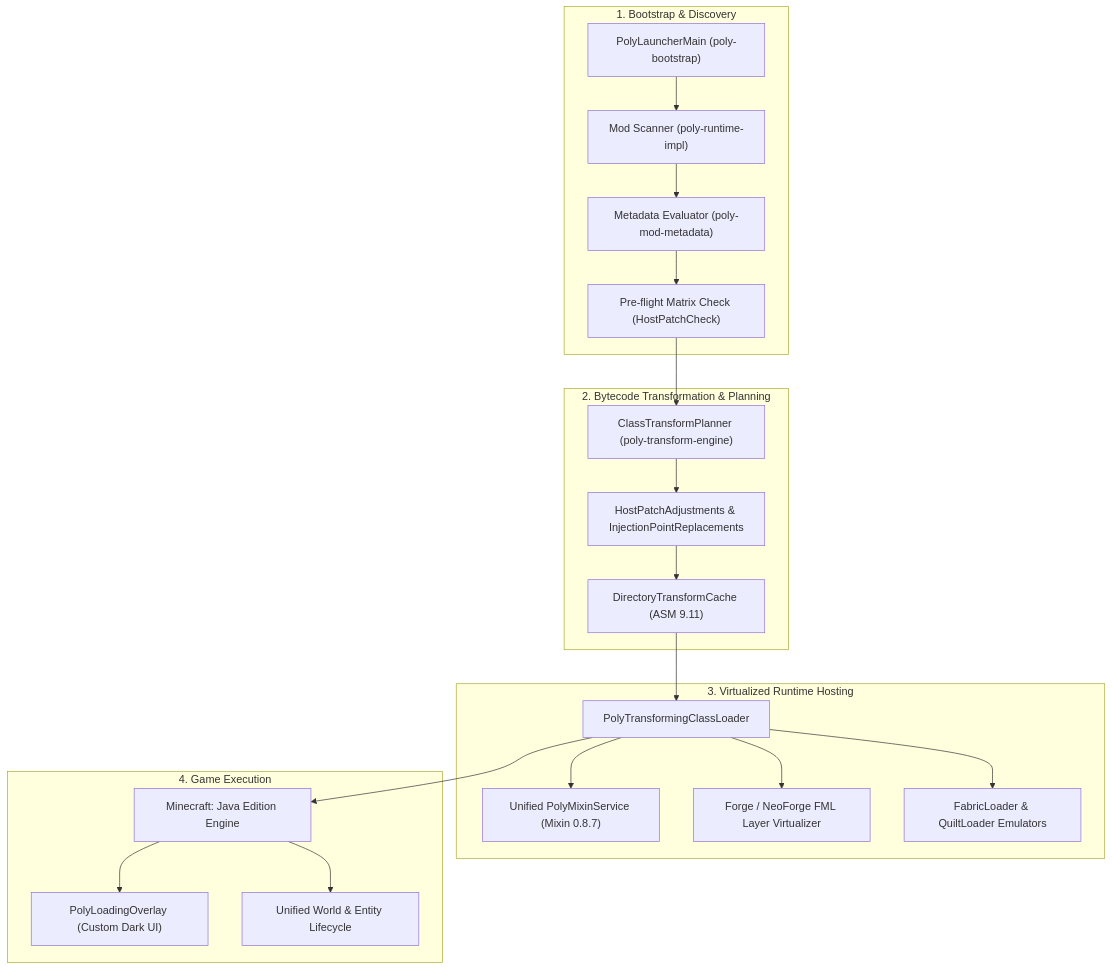
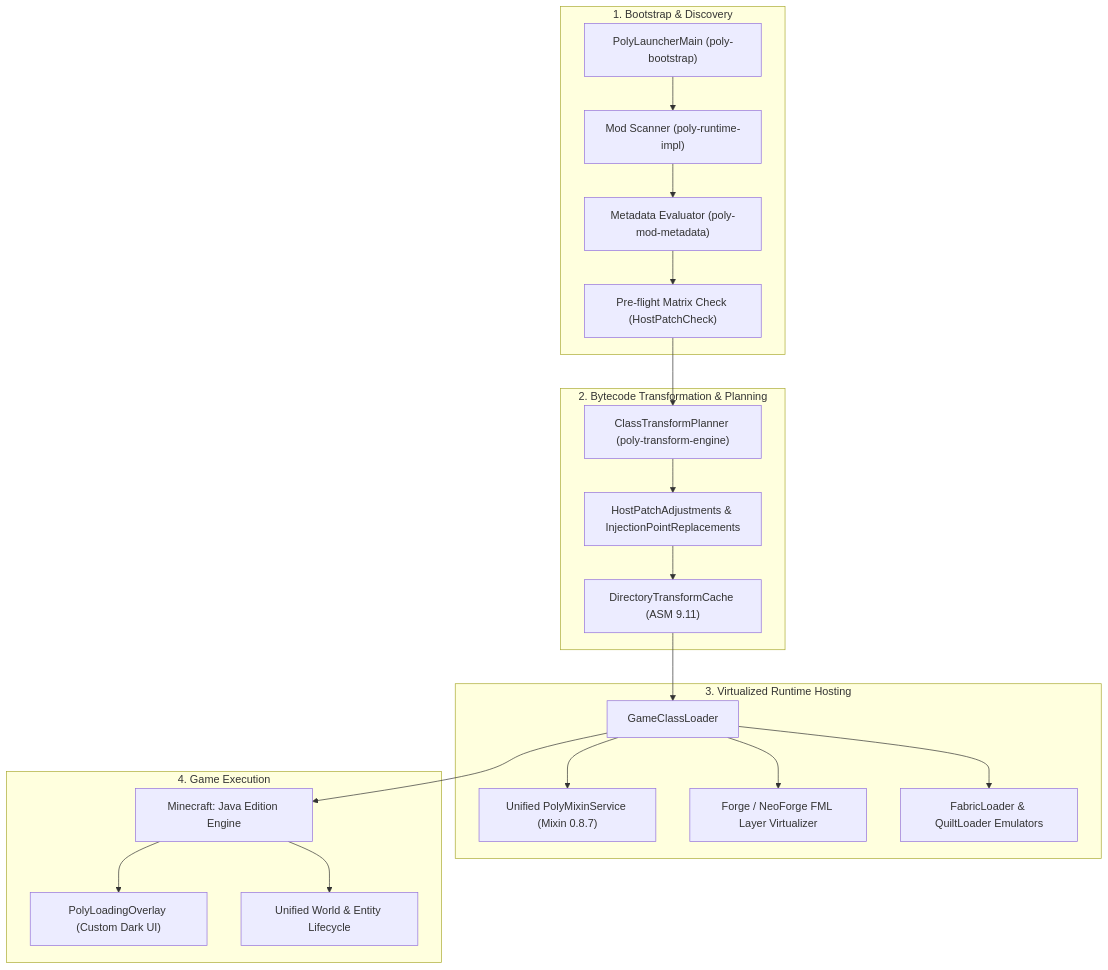
Before and after one commit to rigelx2b/Plexus-Mod-Loader: the diagram in ARCHITECTURE.md, drawn with Mermaid. The commit also changed other lines of this file and 24 other files, not shown here.

````diff
--- a/ARCHITECTURE.md
+++ b/ARCHITECTURE.md
@@ -11,27 +11,27 @@
 ```mermaid
 flowchart TD
     subgraph Launch["1. Bootstrap & Discovery"]
         Entry["PolyLauncherMain (poly-bootstrap)"] --> Scanner["Mod Scanner (poly-runtime-impl)"]
         Scanner --> Metadata["Metadata Evaluator (poly-mod-metadata)"]
         Metadata --> Assess["Pre-flight Matrix Check (HostPatchCheck)"]
     end
 
     subgraph Planning["2. Bytecode Transformation & Planning"]
         Assess --> PlanEngine["ClassTransformPlanner (poly-transform-engine)"]
         PlanEngine --> Adjust["HostPatchAdjustments & InjectionPointReplacements"]
         Adjust --> Cache["DirectoryTransformCache (ASM 9.11)"]
     end
 
     subgraph Runtime["3. Virtualized Runtime Hosting"]
-        Cache --> ClassLoader["PolyTransformingClassLoader"]
+        Cache --> ClassLoader["GameClassLoader"]
         ClassLoader --> MixinService["Unified PolyMixinService (Mixin 0.8.7)"]
         ClassLoader --> ForgeHost["Forge / NeoForge FML Layer Virtualizer"]
         ClassLoader --> FabricHost["FabricLoader & QuiltLoader Emulators"]
     end
 
     subgraph Game["4. Game Execution"]
         ClassLoader --> Minecraft["Minecraft: Java Edition Engine"]
         Minecraft --> Overlay["PolyLoadingOverlay (Custom Dark UI)"]
         Minecraft --> World["Unified World & Entity Lifecycle"]
     end
 ```
````
